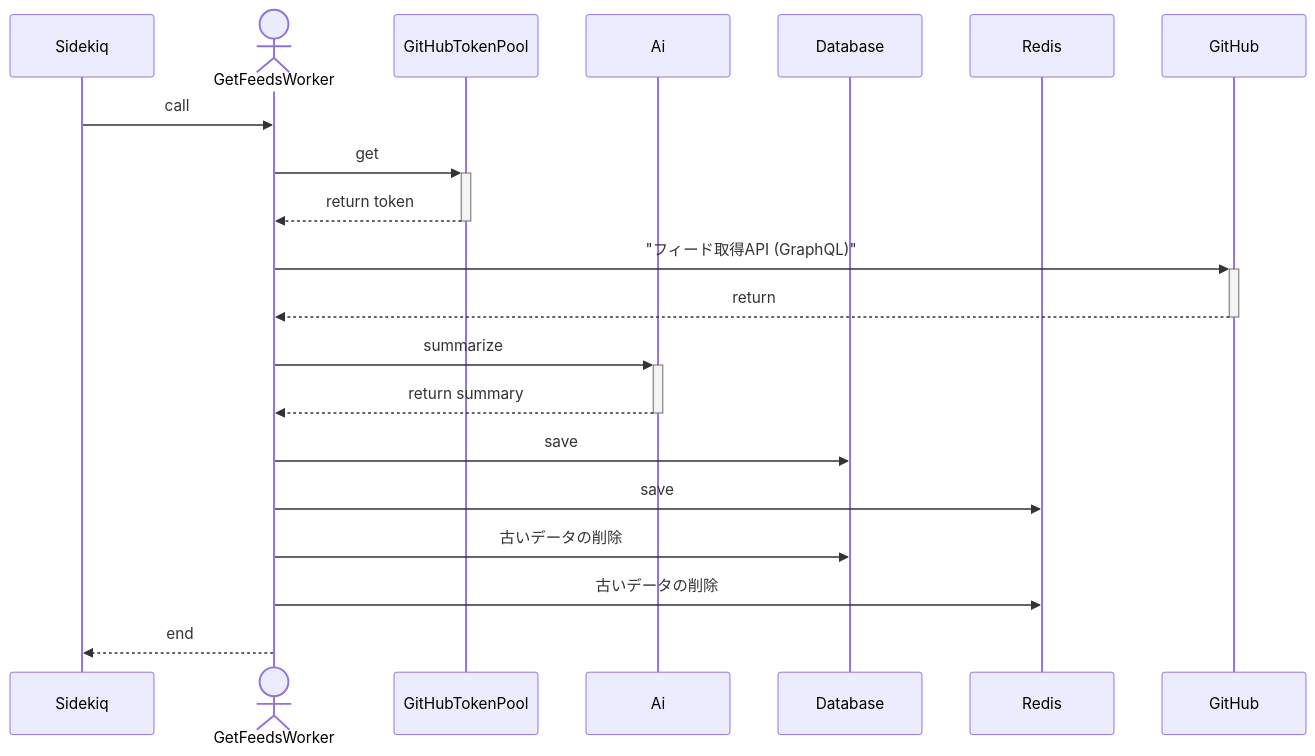
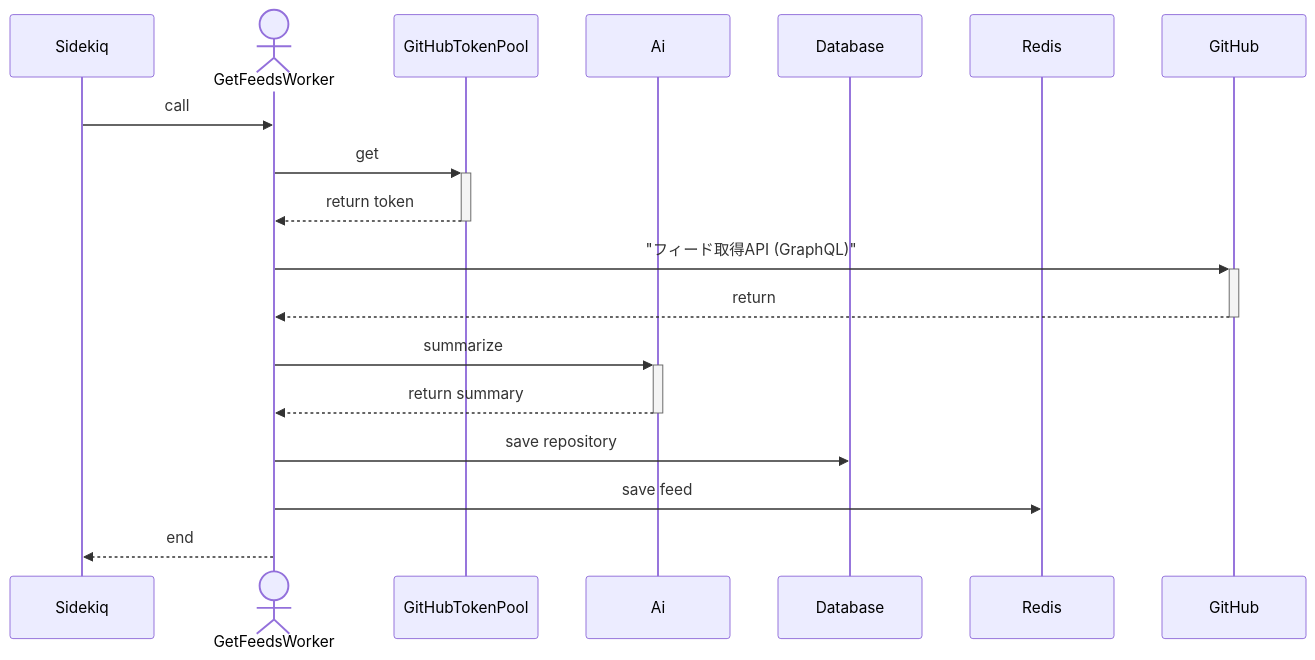
One commit to tsukuneA1/git-feed changed the diagram in docs/sequence-diagram/get-feed.md. Above: the diagram before and after it, drawn with Mermaid.

Commit message:
Docs: データ更新周りのフローを更新

````diff
--- a/docs/sequence-diagram/get-feed.md
+++ b/docs/sequence-diagram/get-feed.md
@@ -11,24 +11,22 @@
 ```mermaid
 sequenceDiagram
 
   participant Sidekiq
   actor GetFeedsWorker
   participant GitHubTokenPool
   participant Ai
   participant Database
   participant Redis
   participant GitHub
 
   Sidekiq->>GetFeedsWorker: call
   GetFeedsWorker->>+GitHubTokenPool: get
   GitHubTokenPool-->>-GetFeedsWorker: return token
   GetFeedsWorker->>+GitHub: "フィード取得API (GraphQL)"
   GitHub-->>-GetFeedsWorker: return
   GetFeedsWorker->>+Ai: summarize
   Ai-->>-GetFeedsWorker: return summary
-  GetFeedsWorker->>Database: save
-  GetFeedsWorker->>Redis: save
-  GetFeedsWorker->>Database: 古いデータの削除
-  GetFeedsWorker->>Redis: 古いデータの削除
+  GetFeedsWorker->>Database: save repository
+  GetFeedsWorker->>Redis: save feed
   GetFeedsWorker-->>Sidekiq: end
 ```
````
